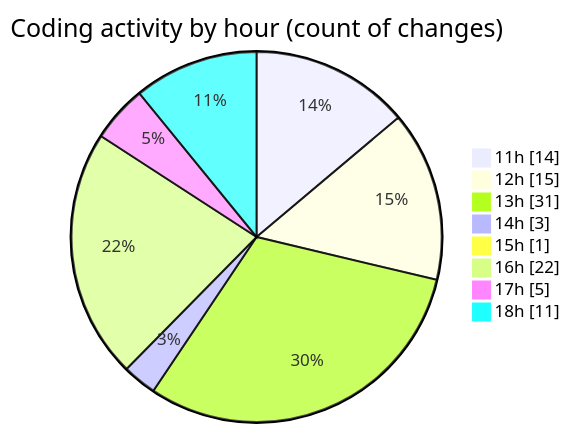
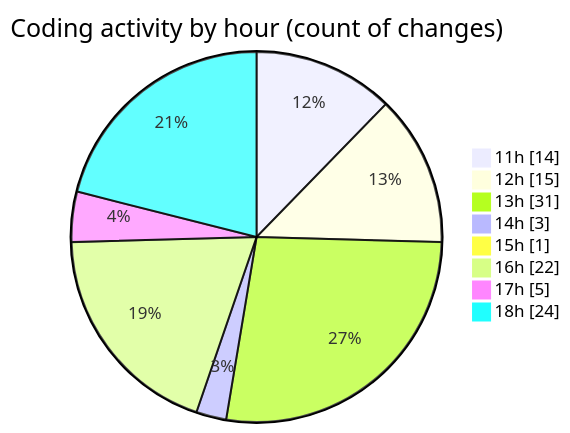
The second of 2 diagrams in 2025-07-09/argos/README.md (nxtqubesakshisongat/code-tracking), drawn with Mermaid before and after one commit. The commit also changed other lines of this file and 1 other file, not shown here.

````diff
--- a/2025-07-09/argos/README.md
+++ b/2025-07-09/argos/README.md
@@ -35,12 +36,12 @@
 ```mermaid
 pie showData
 title Coding activity by hour (count of changes)
 "11h" : 14
 "12h" : 15
 "13h" : 31
 "14h" : 3
 "15h" : 1
 "16h" : 22
 "17h" : 5
-"18h" : 11
+"18h" : 24
 ```
````
